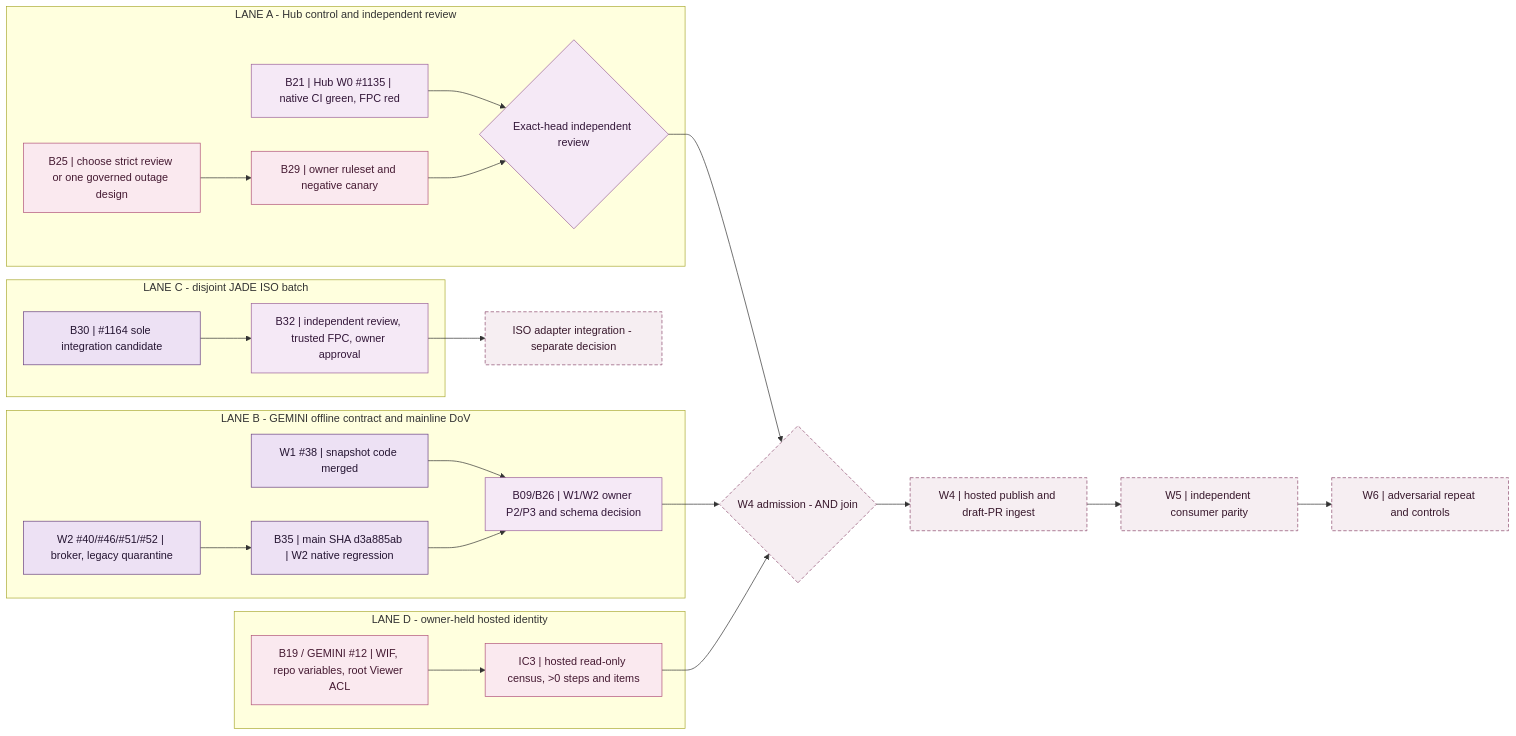
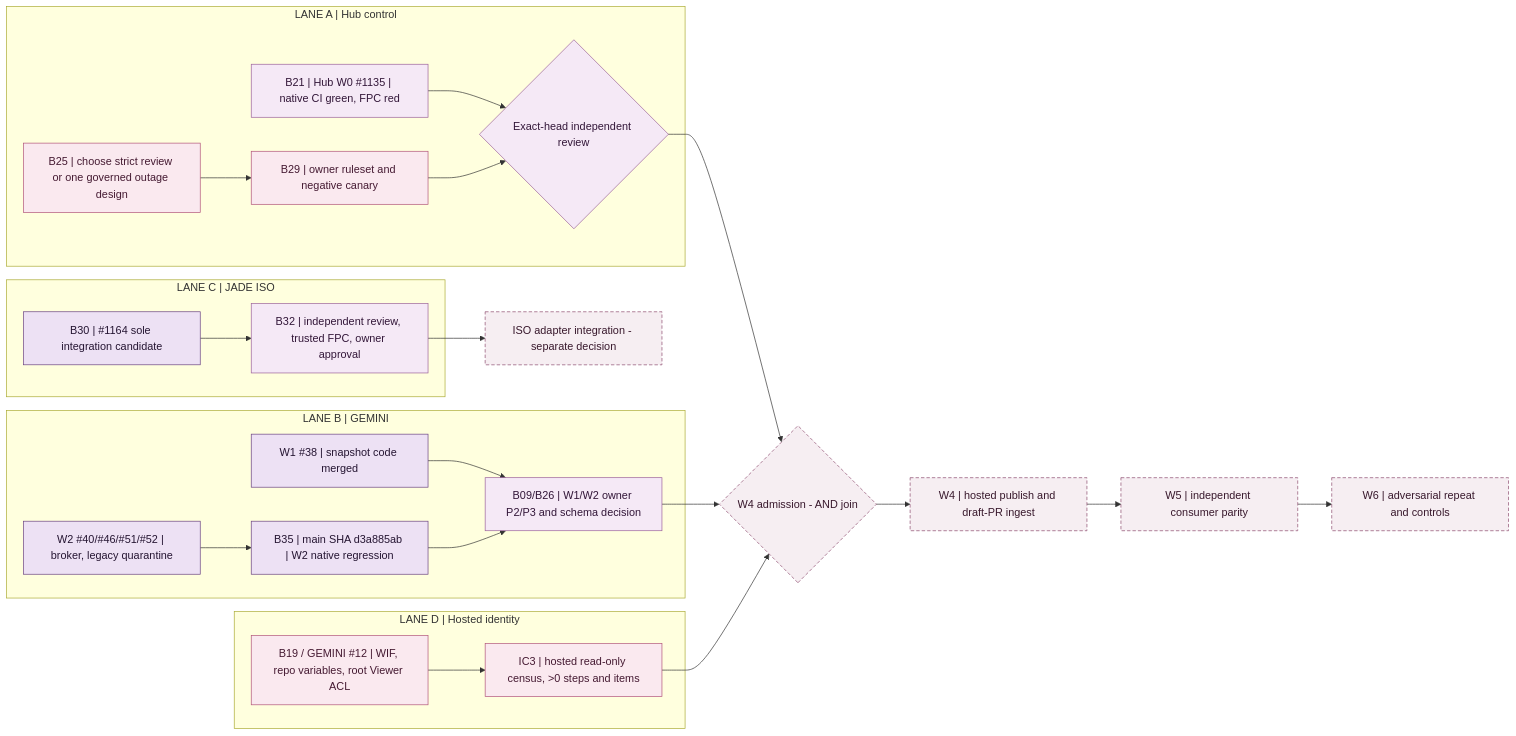
Before and after one commit to GBOGEB/pipeline-automation-hub: the diagram in mission-control/grand-missions/diagrams/GM_I_C_R2_EXECUTION_LANES_P0005.mmd, drawn with Mermaid. The commit also changed 3 other files, not shown here.

```diff
--- a/mission-control/grand-missions/diagrams/GM_I_C_R2_EXECUTION_LANES_P0005.mmd
+++ b/mission-control/grand-missions/diagrams/GM_I_C_R2_EXECUTION_LANES_P0005.mmd
@@ -1,46 +1,46 @@
 flowchart LR
   %% P0005 read-only execution view. Not a scheduler, dispatch instruction or admission receipt.
   %% Source: Hub master 401c57316197c81e910f0b3da7ea7322e1f109fc;
   %% GEMINI main d3a885ab8593cbf9af22e6fce6c64d589ad80575.
-  subgraph HUB["LANE A - Hub control and independent review"]
+  subgraph HUB["LANE A | Hub control"]
     H0["B21 | Hub W0 #1135 | native CI green, FPC red"]
     H1["B25 | choose strict review or one governed outage design"]
     H2["B29 | owner ruleset and negative canary"]
     H0 --> H3{"Exact-head independent review"}
     H1 --> H2
     H2 --> H3
   end
-  subgraph GEM["LANE B - GEMINI offline contract and mainline DoV"]
+  subgraph GEM["LANE B | GEMINI"]
     G1["W1 #38 | snapshot code merged"]
     G2["W2 #40/#46/#51/#52 | broker, legacy quarantine"]
     G3["B35 | main SHA d3a885ab | W2 native regression"]
     G4["B09/B26 | W1/W2 owner P2/P3 and schema decision"]
     G1 --> G4
     G2 --> G3
     G3 --> G4
   end
-  subgraph ISO["LANE C - disjoint JADE ISO batch"]
+  subgraph ISO["LANE C | JADE ISO"]
     J1["B30 | #1164 sole integration candidate"]
     J2["B32 | independent review, trusted FPC, owner approval"]
     J1 --> J2
   end
-  subgraph AUTH["LANE D - owner-held hosted identity"]
+  subgraph AUTH["LANE D | Hosted identity"]
     O1["B19 / GEMINI #12 | WIF, repo variables, root Viewer ACL"]
     O2["IC3 | hosted read-only census, >0 steps and items"]
     O1 --> O2
   end
   H3 --> W4{"W4 admission - AND join"}
   G4 --> W4
   O2 --> W4
   W4 --> P4["W4 | hosted publish and draft-PR ingest"]
   P4 --> P5["W5 | independent consumer parity"]
   P5 --> P6["W6 | adversarial repeat and controls"]
   J2 --> J3["ISO adapter integration - separate decision"]
   classDef done fill:#ede1f4,stroke:#684080,color:#251532
   classDef review fill:#f5e9f6,stroke:#9a6099,color:#321638
   classDef owner fill:#fae9ef,stroke:#b05278,color:#451a32
   classDef blocked fill:#f6eef2,stroke:#8c4b6e,color:#38182c,stroke-dasharray:5 3
   class G1,G2,G3,J1 done
   class H0,H3,G4,J2 review
   class H1,H2,O1,O2 owner
   class W4,P4,P5,P6,J3 blocked
```
